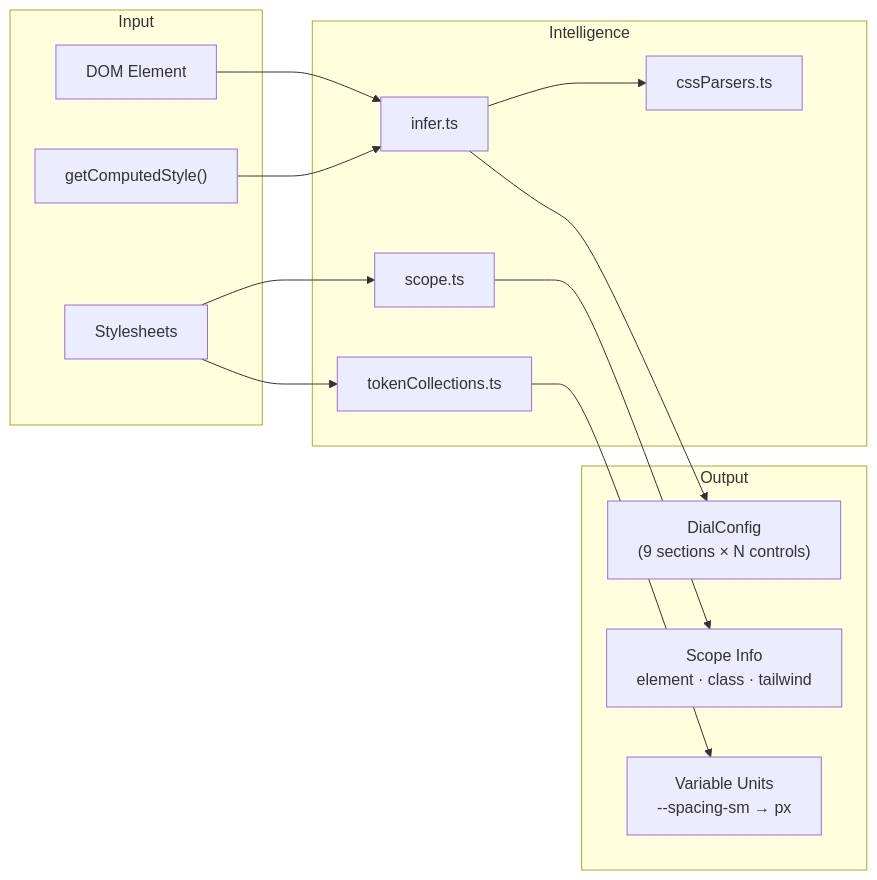
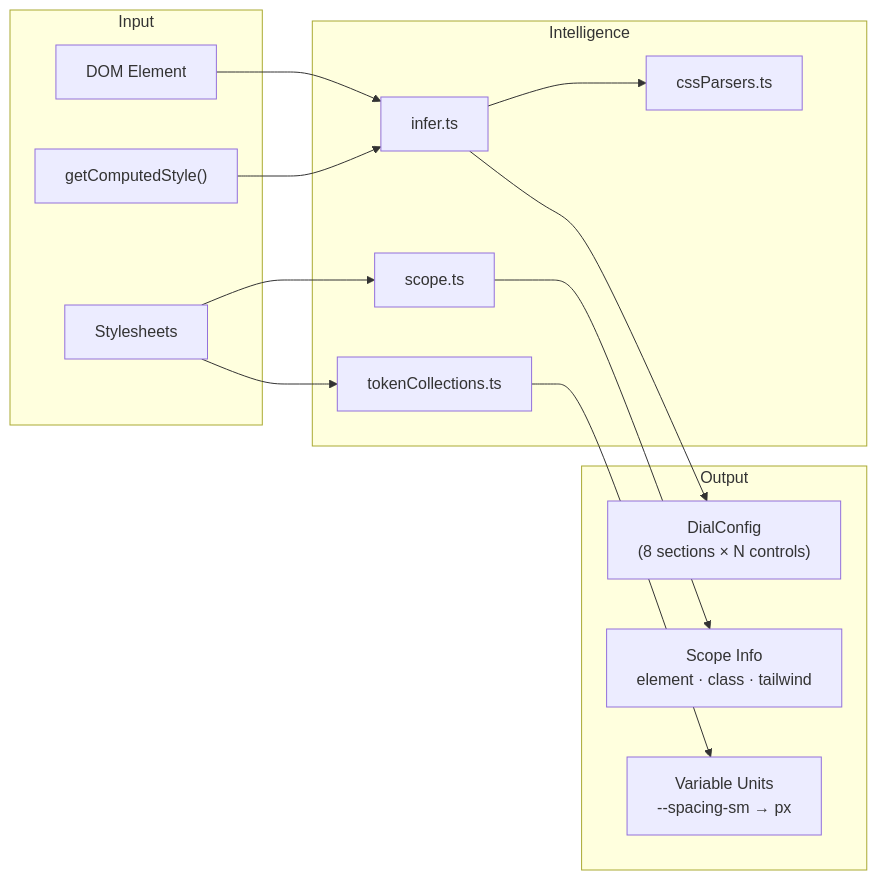
The third of 10 diagrams in ARCHITECTURE.md (SkylarKitchen/redial), drawn with Mermaid before and after one commit. The commit also changed other lines of this file and 193 other files, not shown here.

````diff
--- a/ARCHITECTURE.md
+++ b/ARCHITECTURE.md
@@ -112,30 +112,30 @@
 ```mermaid
 graph LR
     subgraph Input
         El["DOM Element"]
         CS["getComputedStyle()"]
         SS["Stylesheets"]
     end
 
     subgraph Intelligence
         Infer["infer.ts"]
         Scope["scope.ts"]
         Vars["tokenCollections.ts"]
         CSS["cssParsers.ts"]
     end
 
     subgraph Output
-        DC["DialConfig<br/>(9 sections × N controls)"]
+        DC["DialConfig<br/>(8 sections × N controls)"]
         SI["Scope Info<br/>element · class · tailwind"]
         VU["Variable Units<br/>--spacing-sm → px"]
     end
 
     El --> Infer
     CS --> Infer
     SS --> Scope
     SS --> Vars
     Infer --> CSS
     Infer --> DC
     Scope --> SI
     Vars --> VU
 ```
````
